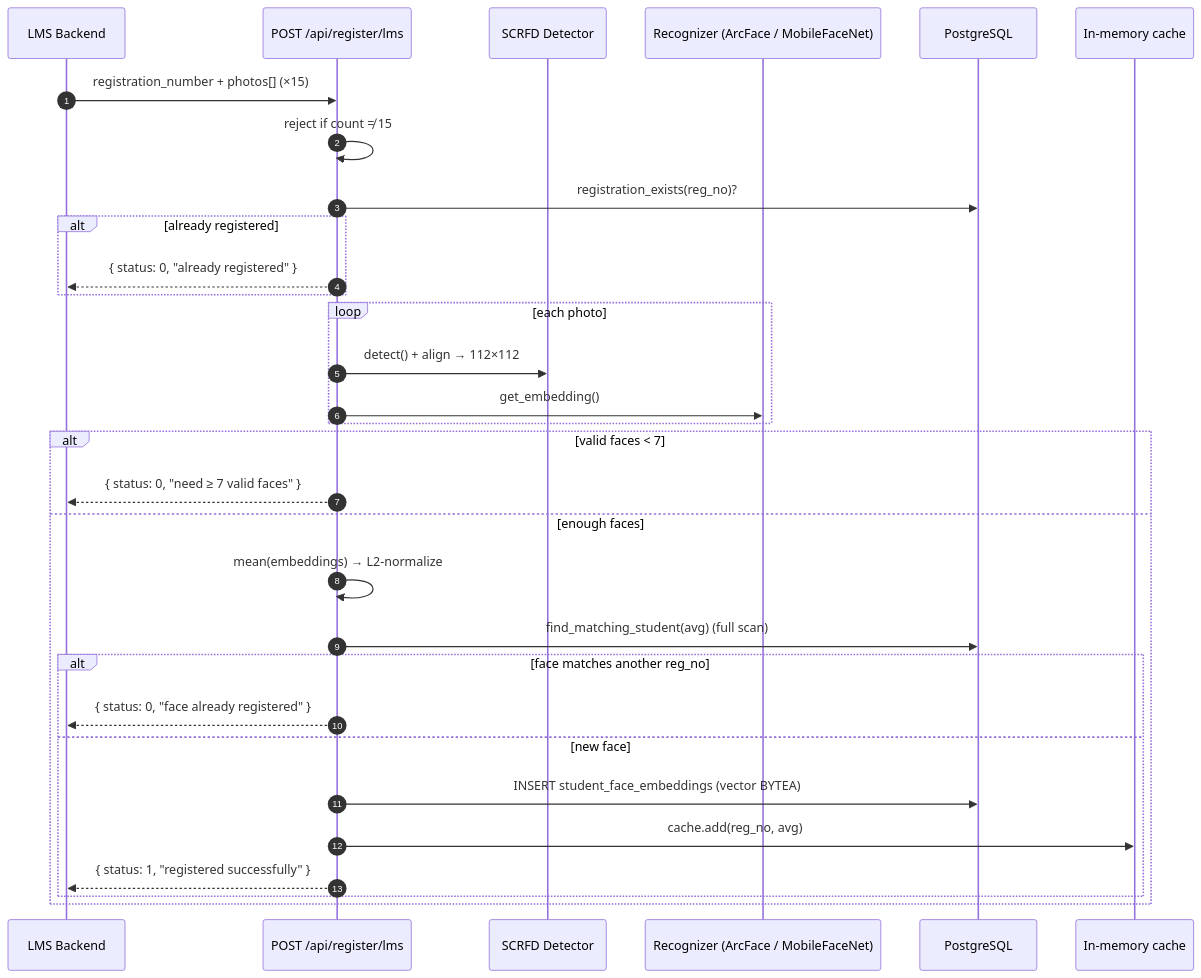
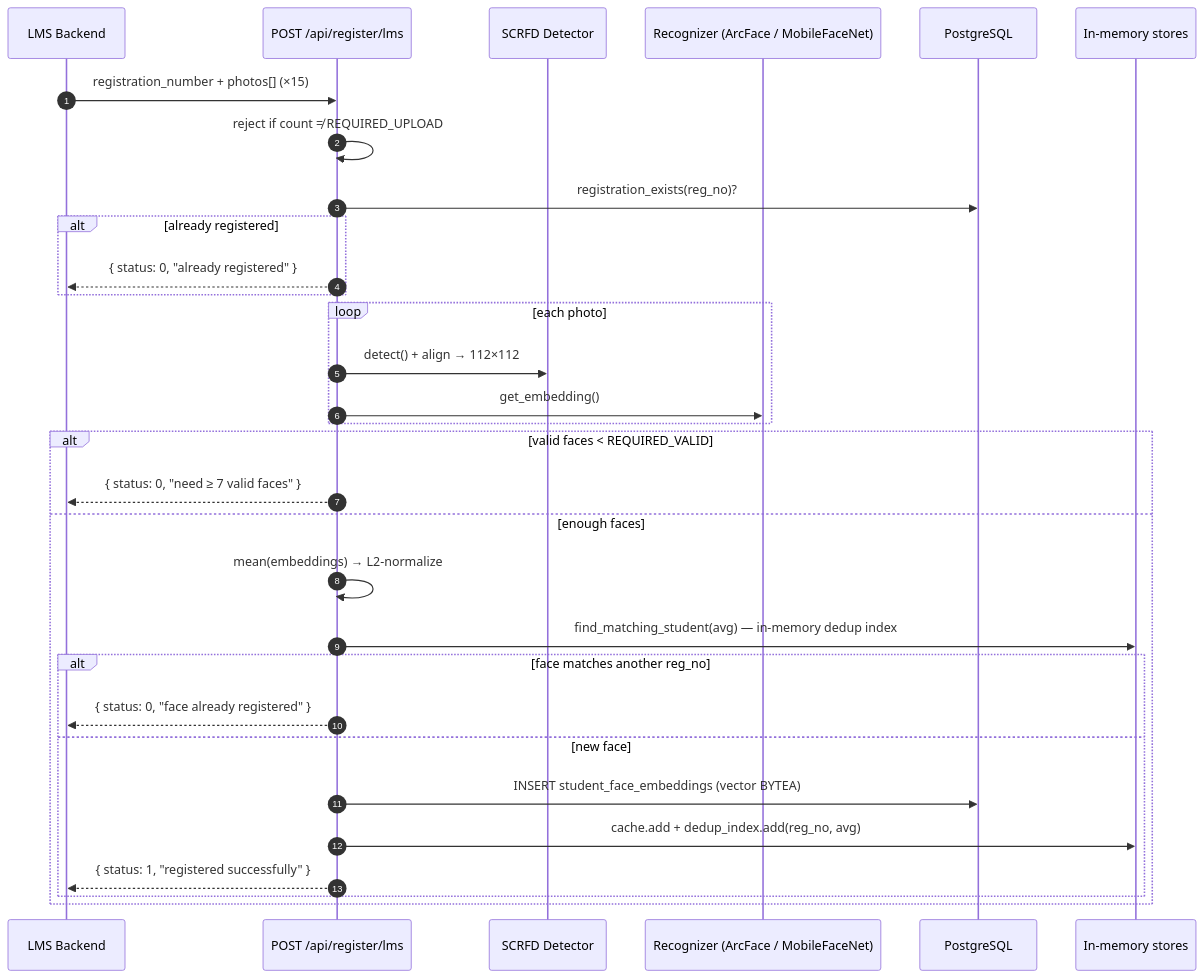
The second of 4 diagrams in README.md (AI-SATA-Technologies/AI-Pipeline-Engineer), drawn with Mermaid before and after one commit. The commit also changed other lines of this file and 23 other files, not shown here.

````diff
--- a/README.md
+++ b/README.md
@@ -142,34 +146,34 @@
 ```mermaid
 sequenceDiagram
     autonumber
     participant U as LMS Backend
     participant API as POST /api/register/lms
     participant DET as SCRFD Detector
     participant REC as Recognizer (ArcFace / MobileFaceNet)
     participant DB as PostgreSQL
-    participant C as In-memory cache
+    participant C as In-memory stores
 
     U->>API: registration_number + photos[] (×15)
-    API->>API: reject if count ≠ 15
+    API->>API: reject if count ≠ REQUIRED_UPLOAD
     API->>DB: registration_exists(reg_no)?
     alt already registered
         API-->>U: { status: 0, "already registered" }
     end
     loop each photo
         API->>DET: detect() + align → 112×112
         API->>REC: get_embedding()
     end
-    alt valid faces < 7
+    alt valid faces < REQUIRED_VALID
         API-->>U: { status: 0, "need ≥ 7 valid faces" }
     else enough faces
         API->>API: mean(embeddings) → L2-normalize
-        API->>DB: find_matching_student(avg)  (full scan)
+        API->>C: find_matching_student(avg) — in-memory dedup index
         alt face matches another reg_no
             API-->>U: { status: 0, "face already registered" }
         else new face
             API->>DB: INSERT student_face_embeddings (vector BYTEA)
-            API->>C: cache.add(reg_no, avg)
+            API->>C: cache.add + dedup_index.add(reg_no, avg)
             API-->>U: { status: 1, "registered successfully" }
         end
     end
 ```
````
